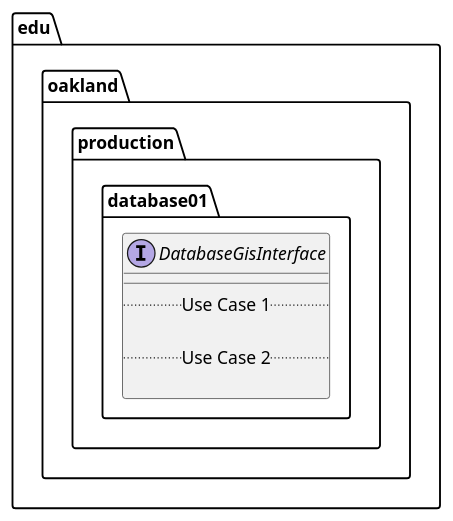
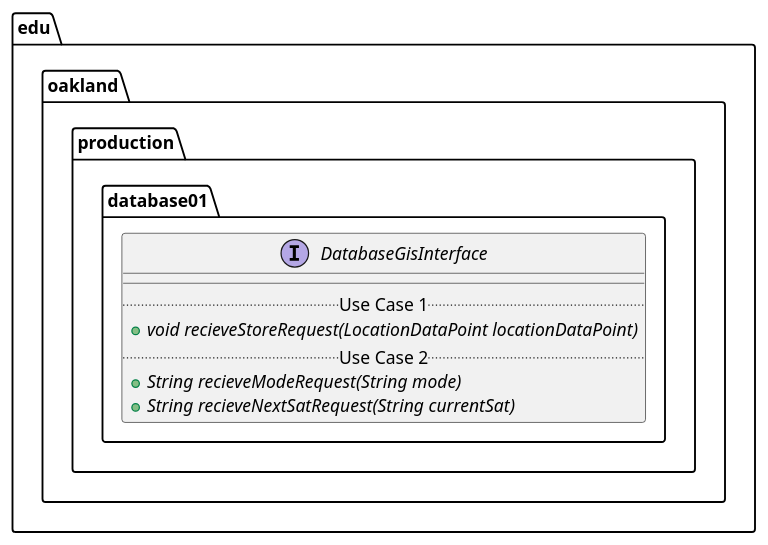
The diagram in docs/uml-class-diagrams/database01/production/DatabaseGisInterface/DatabaseGisInterface.puml (elilley15/csi-3370-software-project), drawn with PlantUML before and after one commit. The commit also changed 7 other files, not shown here.

First line of the commit message:
[Database] Added Database Public Interface UML Class Diagrams (#12)

```diff
--- a/docs/uml-class-diagrams/database01/production/DatabaseGisInterface/DatabaseGisInterface.puml
+++ b/docs/uml-class-diagrams/database01/production/DatabaseGisInterface/DatabaseGisInterface.puml
@@ -1,13 +1,14 @@
 @startuml DatabaseGisInterface
 
 package edu.oakland.production.database01 {
     interface DatabaseGisInterface {
         __
         .. Use Case 1 ..
-
+        {abstract} + void recieveStoreRequest(LocationDataPoint locationDataPoint)
         .. Use Case 2 ..
-
+        {abstract} + String recieveModeRequest(String mode)
+        {abstract} + String recieveNextSatRequest(String currentSat)
     }
 }
 
 @enduml
```
